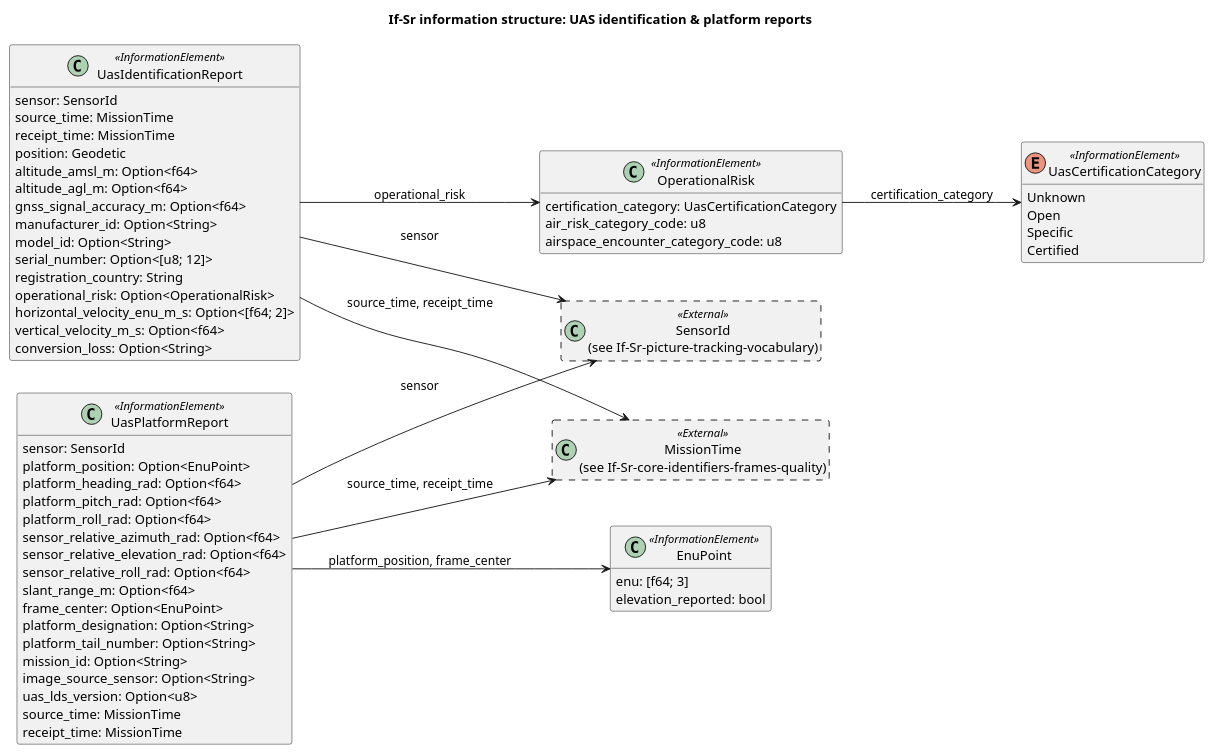
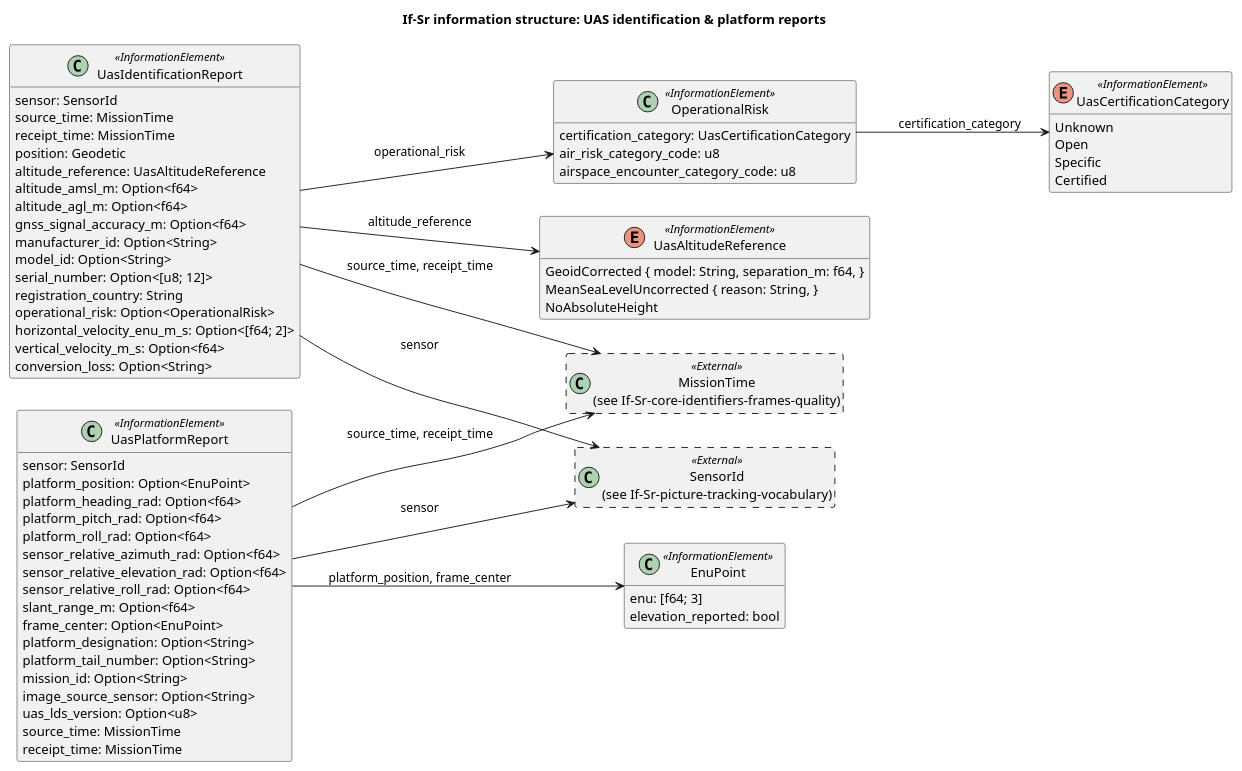
Before and after one commit to WayneRoessling/gungnir: the diagram in docs/architecture/uaf/information/If-Sr-uas-identification-platform-reports.puml, drawn with PlantUML. The commit also changed 38 other files, not shown here.

First line of the commit message:
GAP-196: a UAS height above mean sea level reaches the ellipsoid (D-123, D-124) (#197)

```diff
--- a/docs/architecture/uaf/information/If-Sr-uas-identification-platform-reports.puml
+++ b/docs/architecture/uaf/information/If-Sr-uas-identification-platform-reports.puml
@@ -1,68 +1,75 @@
 @startuml If-Sr-uas-identification-platform-reports
 title If-Sr information structure: UAS identification & platform reports
 left to right direction
 hide empty members
 skinparam classAttributeIconSize 0
 class "UasIdentificationReport" as UasIdentificationReport <<InformationElement>> {
   sensor: SensorId
   source_time: MissionTime
   receipt_time: MissionTime
   position: Geodetic
+  altitude_reference: UasAltitudeReference
   altitude_amsl_m: Option<f64>
   altitude_agl_m: Option<f64>
   gnss_signal_accuracy_m: Option<f64>
   manufacturer_id: Option<String>
   model_id: Option<String>
   serial_number: Option<[u8; 12]>
   registration_country: String
   operational_risk: Option<OperationalRisk>
   horizontal_velocity_enu_m_s: Option<[f64; 2]>
   vertical_velocity_m_s: Option<f64>
   conversion_loss: Option<String>
+}
+enum "UasAltitudeReference" as UasAltitudeReference <<InformationElement>> {
+  GeoidCorrected { model: String, separation_m: f64, }
+  MeanSeaLevelUncorrected { reason: String, }
+  NoAbsoluteHeight
 }
 class "OperationalRisk" as OperationalRisk <<InformationElement>> {
   certification_category: UasCertificationCategory
   air_risk_category_code: u8
   airspace_encounter_category_code: u8
 }
 enum "UasCertificationCategory" as UasCertificationCategory <<InformationElement>> {
   Unknown
   Open
   Specific
   Certified
 }
 class "EnuPoint" as EnuPoint <<InformationElement>> {
   enu: [f64; 3]
   elevation_reported: bool
 }
 class "UasPlatformReport" as UasPlatformReport <<InformationElement>> {
   sensor: SensorId
   platform_position: Option<EnuPoint>
   platform_heading_rad: Option<f64>
   platform_pitch_rad: Option<f64>
   platform_roll_rad: Option<f64>
   sensor_relative_azimuth_rad: Option<f64>
   sensor_relative_elevation_rad: Option<f64>
   sensor_relative_roll_rad: Option<f64>
   slant_range_m: Option<f64>
   frame_center: Option<EnuPoint>
   platform_designation: Option<String>
   platform_tail_number: Option<String>
   mission_id: Option<String>
   image_source_sensor: Option<String>
   uas_lds_version: Option<u8>
   source_time: MissionTime
   receipt_time: MissionTime
 }
 class "MissionTime\n(see If-Sr-core-identifiers-frames-quality)" as MissionTime <<External>> #line.dashed {
 }
 class "SensorId\n(see If-Sr-picture-tracking-vocabulary)" as SensorId <<External>> #line.dashed {
 }
 UasIdentificationReport --> MissionTime : source_time, receipt_time
 UasIdentificationReport --> OperationalRisk : operational_risk
 UasIdentificationReport --> SensorId : sensor
+UasIdentificationReport --> UasAltitudeReference : altitude_reference
 OperationalRisk --> UasCertificationCategory : certification_category
 UasPlatformReport --> EnuPoint : platform_position, frame_center
 UasPlatformReport --> MissionTime : source_time, receipt_time
 UasPlatformReport --> SensorId : sensor
 @enduml
```
